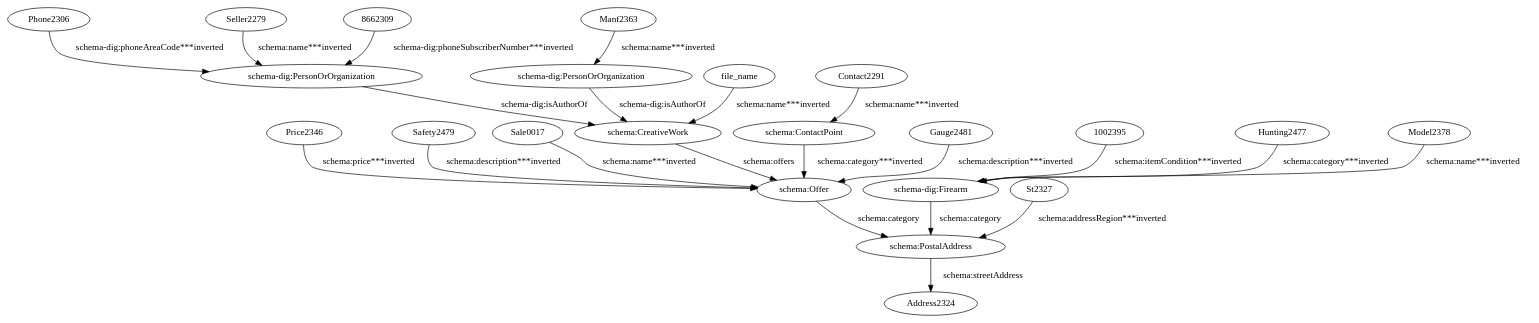
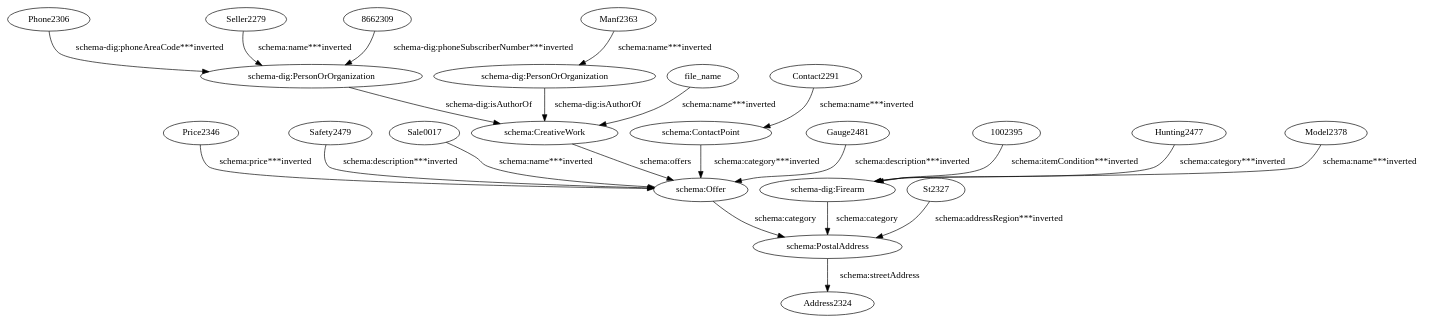
Before and after one commit to giuseppefutia/semi: the diagram in evaluation/taheriyan2016/task_04/semantic_models_steiner/dot/dallasguns.dot, drawn with Graphviz. The commit also changed 122 other files, not shown here.

```diff
--- a/evaluation/taheriyan2016/task_04/semantic_models_steiner/dot/dallasguns.dot
+++ b/evaluation/taheriyan2016/task_04/semantic_models_steiner/dot/dallasguns.dot
@@ -1,45 +1,45 @@
 digraph {
   "1002395" [type=attribute_name,label="1002395"]
   "8662309" [type=attribute_name,label="8662309"]
   "schema-dig:Firearm1" [type=class_uri,label="schema-dig:Firearm"]
   "schema-dig:PersonOrOrganization1" [type=class_uri,label="schema-dig:PersonOrOrganization"]
   Contact2291 [type=attribute_name,label=Contact2291]
   "schema:ContactPoint1" [type=class_uri,label="schema:ContactPoint"]
   Gauge2481 [type=attribute_name,label=Gauge2481]
   "schema:Offer1" [type=class_uri,label="schema:Offer"]
   Hunting2477 [type=attribute_name,label=Hunting2477]
   Manf2363 [type=attribute_name,label=Manf2363]
   "schema-dig:PersonOrOrganization2" [type=class_uri,label="schema-dig:PersonOrOrganization"]
   Model2378 [type=attribute_name,label=Model2378]
   Phone2306 [type=attribute_name,label=Phone2306]
   Price2346 [type=attribute_name,label=Price2346]
   Safety2479 [type=attribute_name,label=Safety2479]
   Sale0017 [type=attribute_name,label=Sale0017]
   Seller2279 [type=attribute_name,label=Seller2279]
   St2327 [type=attribute_name,label=St2327]
   "schema:PostalAddress1" [type=class_uri,label="schema:PostalAddress"]
   file_name [type=attribute_name,label=file_name]
   "schema:CreativeWork1" [type=class_uri,label="schema:CreativeWork"]
   Address2324 [type=attribute_name,label=Address2324]
   "1002395" -> "schema-dig:Firearm1" [type=st_property_uri,label="schema:itemCondition***inverted",weight=1]
   "8662309" -> "schema-dig:PersonOrOrganization1" [type=st_property_uri,label="schema-dig:phoneSubscriberNumber***inverted",weight=1]
   Contact2291 -> "schema:ContactPoint1" [type=st_property_uri,label="schema:name***inverted",weight=1]
   Gauge2481 -> "schema:Offer1" [type=st_property_uri,label="schema:description***inverted",weight=1]
   Hunting2477 -> "schema-dig:Firearm1" [type=st_property_uri,label="schema:category***inverted",weight=1]
   Manf2363 -> "schema-dig:PersonOrOrganization2" [type=st_property_uri,label="schema:name***inverted",weight=1]
   Model2378 -> "schema-dig:Firearm1" [type=st_property_uri,label="schema:name***inverted",weight=1]
   Phone2306 -> "schema-dig:PersonOrOrganization1" [type=st_property_uri,label="schema-dig:phoneAreaCode***inverted",weight=1]
   Price2346 -> "schema:Offer1" [type=st_property_uri,label="schema:price***inverted",weight=1]
   Safety2479 -> "schema:Offer1" [type=st_property_uri,label="schema:description***inverted",weight=1]
   Sale0017 -> "schema:Offer1" [type=st_property_uri,label="schema:name***inverted",weight=1]
   Seller2279 -> "schema-dig:PersonOrOrganization1" [type=st_property_uri,label="schema:name***inverted",weight=1]
   St2327 -> "schema:PostalAddress1" [type=st_property_uri,label="schema:addressRegion***inverted",weight=1]
   file_name -> "schema:CreativeWork1" [type=st_property_uri,label="schema:name***inverted",weight=1]
-  "schema-dig:Firearm1" -> "schema:PostalAddress1" [label="schema:category",type=inherited,weight=4]
-  "schema-dig:PersonOrOrganization1" -> "schema:CreativeWork1" [label="schema-dig:isAuthorOf",type=direct_property_uri,weight=1]
-  "schema-dig:PersonOrOrganization2" -> "schema:CreativeWork1" [label="schema-dig:isAuthorOf",type=direct_property_uri,weight=1]
-  "schema:ContactPoint1" -> "schema:Offer1" [type=inherited,label="schema:category***inverted",weight=4]
-  "schema:CreativeWork1" -> "schema:Offer1" [label="schema:offers",type=direct_property_uri,weight=1]
-  "schema:Offer1" -> "schema:PostalAddress1" [label="schema:category",type=inherited,weight=4]
+  "schema-dig:Firearm1" -> "schema:PostalAddress1" [label="schema:category",type=inherited,weight=300]
+  "schema-dig:PersonOrOrganization1" -> "schema:CreativeWork1" [label="schema-dig:isAuthorOf",type=direct_property_uri,weight=100]
+  "schema-dig:PersonOrOrganization2" -> "schema:CreativeWork1" [label="schema-dig:isAuthorOf",type=direct_property_uri,weight=100]
+  "schema:ContactPoint1" -> "schema:Offer1" [type=inherited,label="schema:category***inverted",weight=300]
+  "schema:CreativeWork1" -> "schema:Offer1" [label="schema:offers",type=direct_property_uri,weight=100]
+  "schema:Offer1" -> "schema:PostalAddress1" [label="schema:category",type=inherited,weight=300]
   "schema:PostalAddress1" -> Address2324 [label="schema:streetAddress",type=st_property_uri]
 }
```
